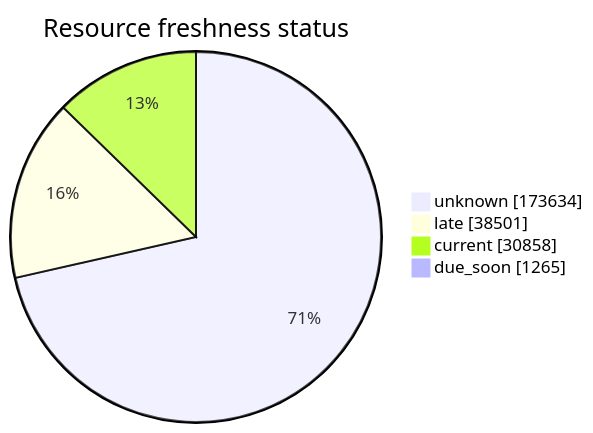
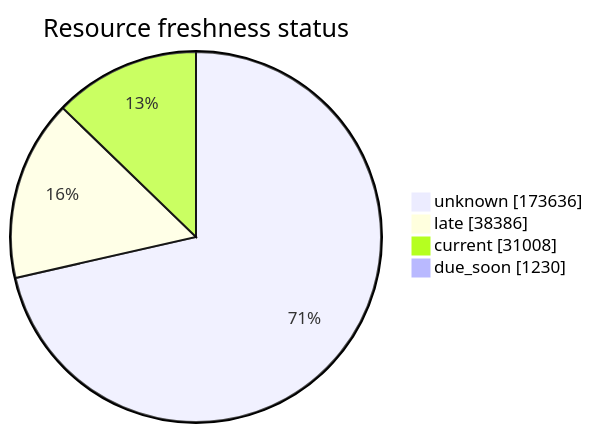
One commit to open-data/analytics-corporate-reporting changed the third of 5 diagrams in FreshCheck/README.md. Above: the diagram before and after it, drawn with Mermaid. The commit also changed other lines of this file and 3 other files, not shown here.

````diff
--- a/FreshCheck/README.md
+++ b/FreshCheck/README.md
@@ -77,7 +77,7 @@
 ```mermaid
 pie showData title Resource freshness status
-    "unknown": 173634
-    "late": 38501
-    "current": 30858
-    "due_soon": 1265
+    "unknown": 173636
+    "late": 38386
+    "current": 31008
+    "due_soon": 1230
 ```
````
